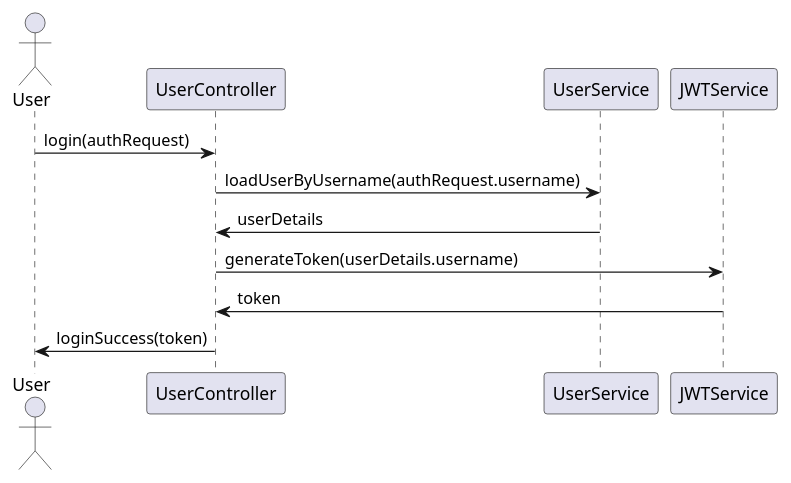
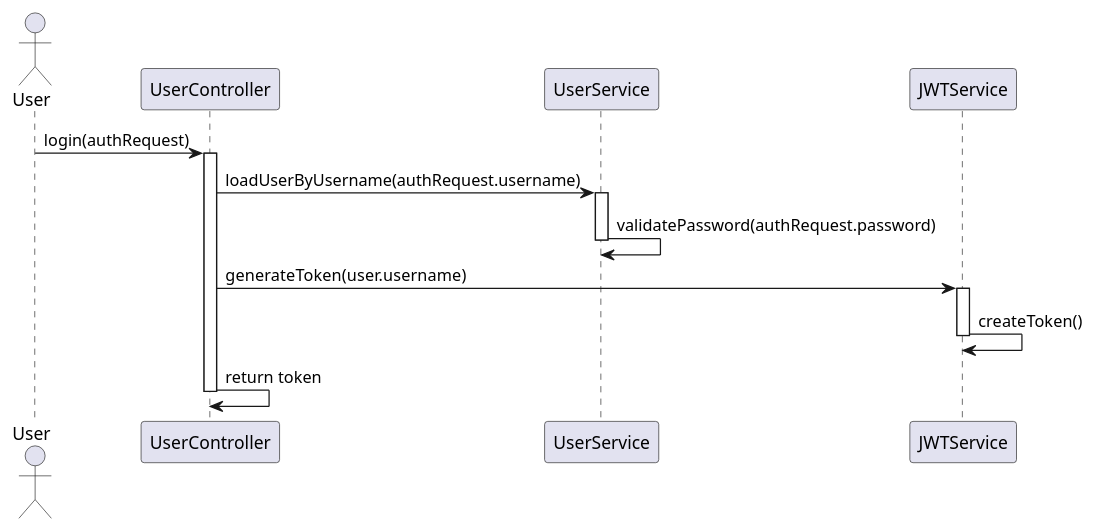
Before and after one commit to Dinesh-s95/AutoDoc.ai: the second of 4 diagrams in identityprovider/documentation/detaileddesign.adoc, drawn with PlantUML. The commit also changed other lines of this file and 4 other files, not shown here.

````diff
--- a/identityprovider/documentation/detaileddesign.adoc
+++ b/identityprovider/documentation/detaileddesign.adoc
@@ -271,15 +319,26 @@
-```plantuml
+[plantuml, authentication-sequence, png]
+----
 @startuml
 actor User
 participant UserController
 participant UserService
 participant JWTService
 
 User -> UserController : login(authRequest)
+activate UserController
+
 UserController -> UserService : loadUserByUsername(authRequest.username)
-UserService -> UserController : userDetails
-UserController -> JWTService : generateToken(userDetails.username)
-JWTService -> UserController : token
-UserController -> User : loginSuccess(token)
+activate UserService
+UserService -> UserService : validatePassword(authRequest.password)
+deactivate UserService
+
+UserController -> JWTService : generateToken(user.username)
+activate JWTService
+JWTService -> JWTService : createToken()
+deactivate JWTService
+
+UserController -> UserController : return token
+deactivate UserController
+
 @enduml
-```
+----
````
